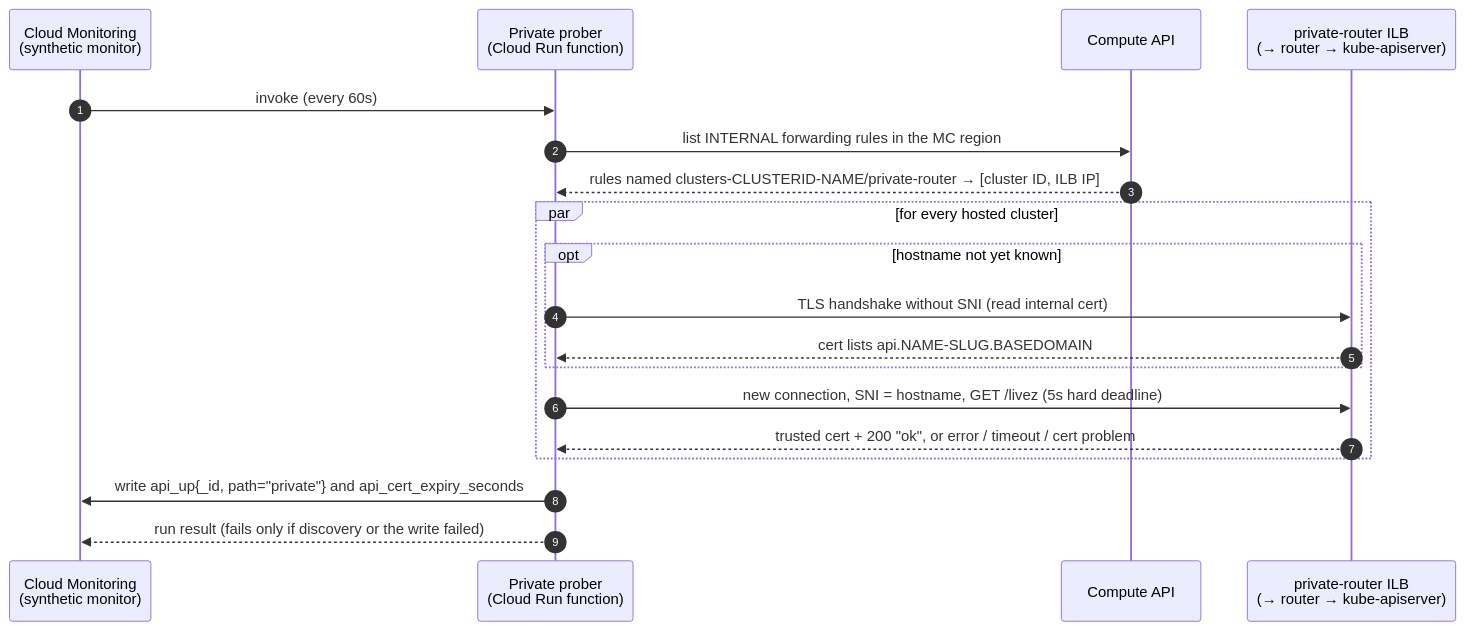
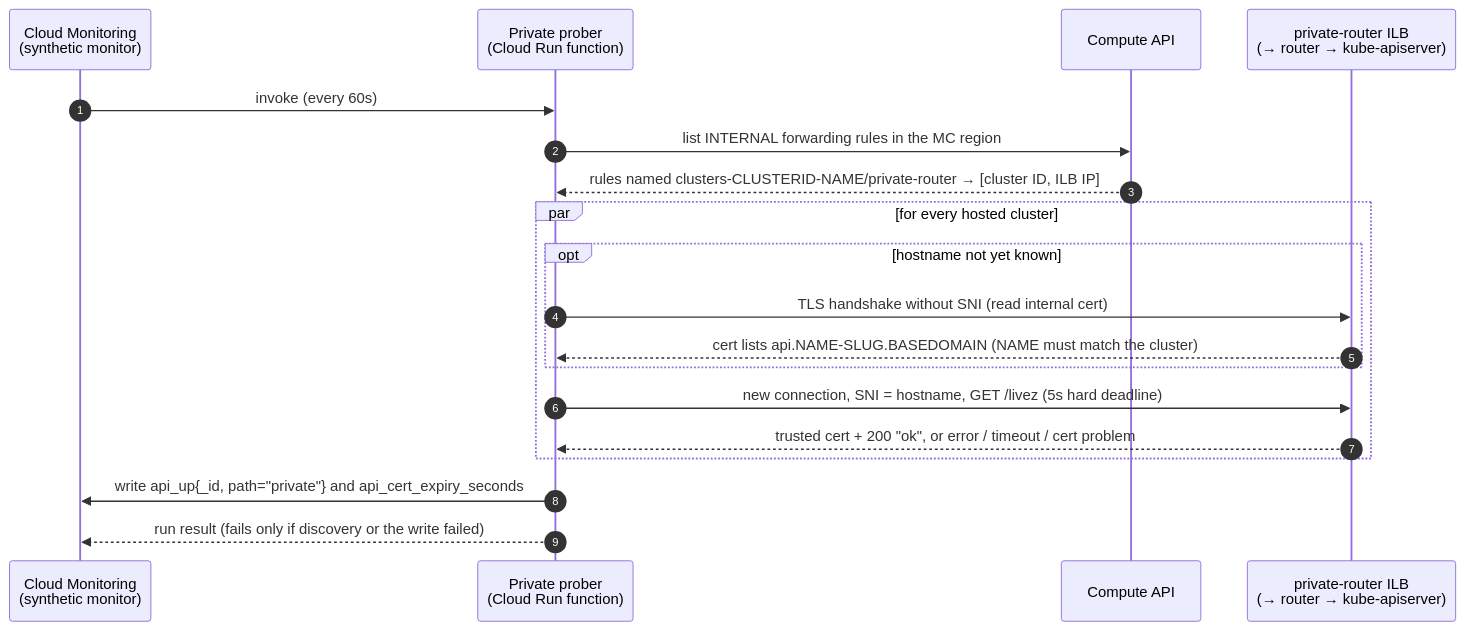
The second of 2 diagrams in design-decisions/observability/hosted-cluster-api-synthetic-monitoring.md (openshift-online/gcp-hcp), drawn with Mermaid before and after one commit. The commit also changed other lines of this file, not shown here.

First line of the commit message:
docs(observability): address review of HC API synthetic monitoring design

````diff
--- a/design-decisions/observability/hosted-cluster-api-synthetic-monitoring.md
+++ b/design-decisions/observability/hosted-cluster-api-synthetic-monitoring.md
@@ -111,22 +111,22 @@
 ```mermaid
 sequenceDiagram
     autonumber
     participant CM as Cloud Monitoring<br/>(synthetic monitor)
     participant FN as Private prober<br/>(Cloud Run function)
     participant CA as Compute API
     participant ILB as private-router ILB<br/>(→ router → kube-apiserver)
 
     CM->>FN: invoke (every 60s)
     FN->>CA: list INTERNAL forwarding rules in the MC region
     CA-->>FN: rules named clusters-CLUSTERID-NAME/private-router → [cluster ID, ILB IP]
     par for every hosted cluster
         opt hostname not yet known
             FN->>ILB: TLS handshake without SNI (read internal cert)
-            ILB-->>FN: cert lists api.NAME-SLUG.BASEDOMAIN
+            ILB-->>FN: cert lists api.NAME-SLUG.BASEDOMAIN (NAME must match the cluster)
         end
         FN->>ILB: new connection, SNI = hostname, GET /livez (5s hard deadline)
         ILB-->>FN: trusted cert + 200 "ok", or error / timeout / cert problem
     end
     FN->>CM: write api_up{_id, path="private"} and api_cert_expiry_seconds
     FN-->>CM: run result (fails only if discovery or the write failed)
 ```
````
